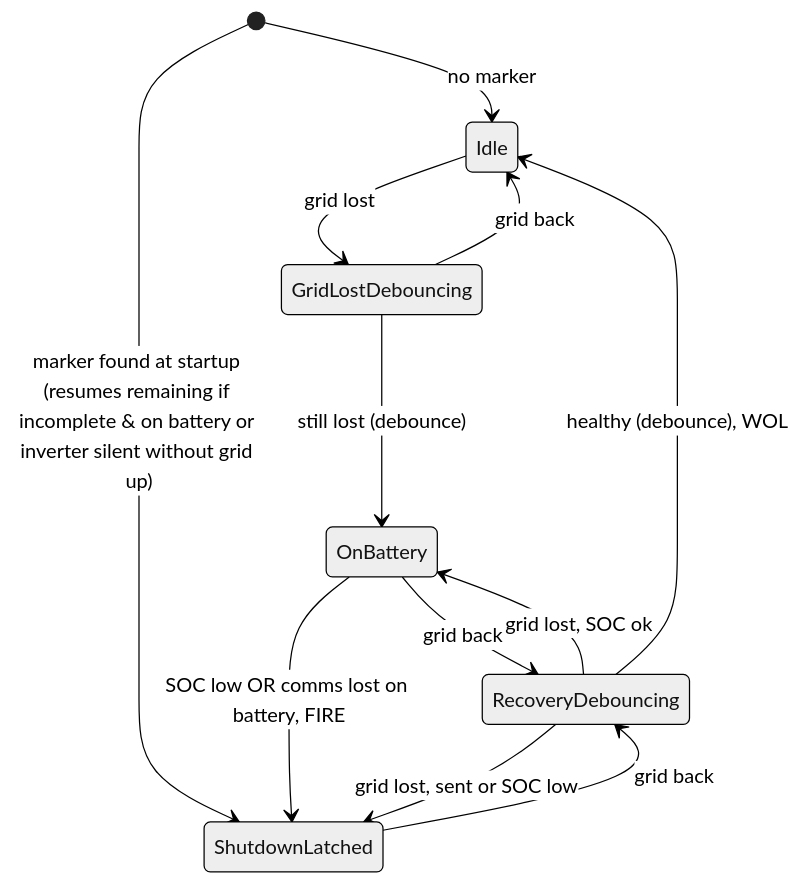
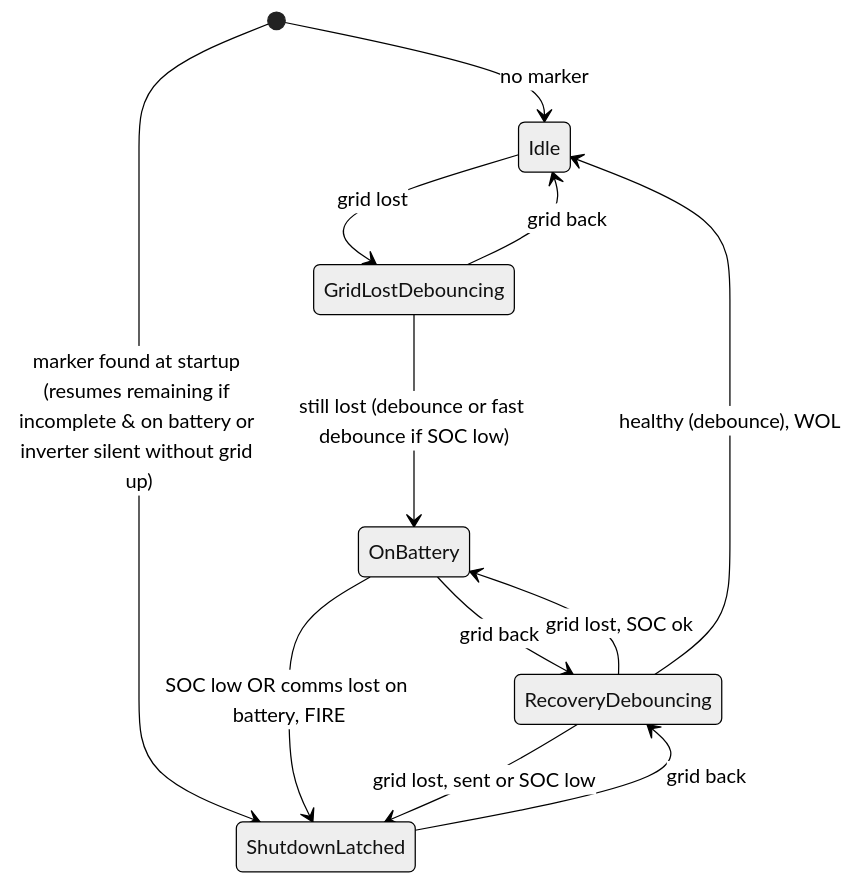
One commit to dimon757/modbus-ups-nut changed the third of 3 diagrams in README.md. Above: the diagram before and after it, drawn with Mermaid (neutral theme). The commit also changed other lines of this file and 11 other files, not shown here.

First line of the commit message:
Add low_battery_fast_debounce_secs setting and Level-2 scenario AA

````diff
--- a/README.md
+++ b/README.md
@@ -110,14 +118,14 @@
 ```mermaid
 stateDiagram-v2
     [*] --> Idle : no marker
     [*] --> ShutdownLatched : marker found at startup (resumes remaining if incomplete & on battery or inverter silent without grid up)
     Idle --> GridLostDebouncing : grid lost
     GridLostDebouncing --> Idle : grid back
-    GridLostDebouncing --> OnBattery : still lost (debounce)
+    GridLostDebouncing --> OnBattery : still lost (debounce or fast debounce if SOC low)
     OnBattery --> RecoveryDebouncing : grid back
     OnBattery --> ShutdownLatched : SOC low OR comms lost on battery, FIRE
     ShutdownLatched --> RecoveryDebouncing : grid back
     RecoveryDebouncing --> ShutdownLatched : grid lost, sent or SOC low
     RecoveryDebouncing --> OnBattery : grid lost, SOC ok
     RecoveryDebouncing --> Idle : healthy (debounce), WOL
 ```
````
